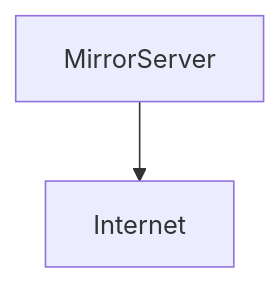
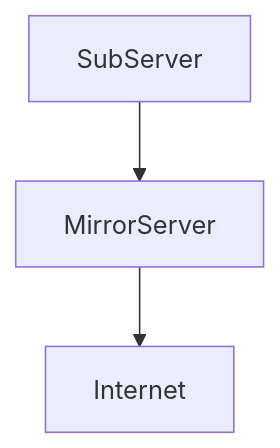
Before and after one commit to spawnmarvel/linux-and-azure: the diagram in azure-extra-linux-vm-mirror/README.md, drawn with Mermaid.

Commit message:
ubuntu mirror server

````diff
--- a/azure-extra-linux-vm-mirror/README.md
+++ b/azure-extra-linux-vm-mirror/README.md
@@ -12,6 +12,7 @@
 ```mermaid
 graph TD;
+    SubServer-->MirrorServer;
     MirrorServer-->Internet;
   
    
 ```
````
